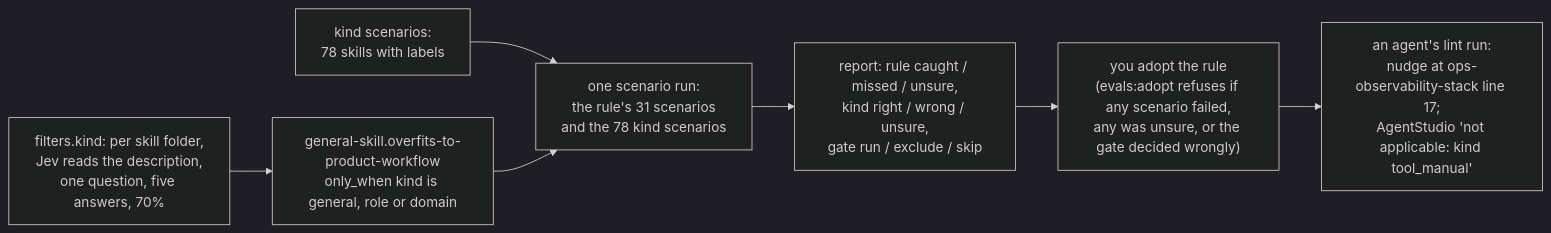
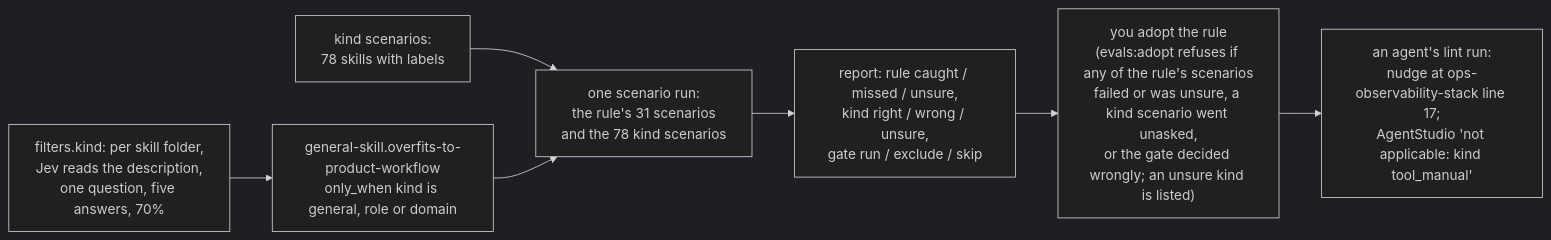
Before and after one commit to ShravanSunder/sunstack: the diagram in docs/specs/2026-11-03-skill-rules/deliverables/3-one-rule-end-to-end/design.md, drawn with Mermaid (dark theme). The commit also changed other lines of this file and 4 other files, not shown here.

````diff
--- a/docs/specs/2026-11-03-skill-rules/deliverables/3-one-rule-end-to-end/design.md
+++ b/docs/specs/2026-11-03-skill-rules/deliverables/3-one-rule-end-to-end/design.md
@@ -11,9 +11,9 @@
 ```mermaid
 flowchart LR
   config["filters.kind: per skill folder,<br/>Jev reads the description,<br/>one question, five answers, 70%"] --> gate["general-skill.overfits-to-product-workflow<br/>only_when kind is general, role or domain"]
   kinds["kind scenarios:<br/>78 skills with labels"] --> run["one scenario run:<br/>the rule's 31 scenarios<br/>and the 78 kind scenarios"]
   gate --> run
   run --> report["report: rule caught / missed / unsure,<br/>kind right / wrong / unsure,<br/>gate run / exclude / skip"]
-  report --> adopt["you adopt the rule<br/>(evals:adopt refuses if any scenario failed,<br/>any was unsure, or the gate decided wrongly)"]
+  report --> adopt["you adopt the rule<br/>(evals:adopt refuses if any of the rule's scenarios<br/>failed or was unsure, a kind scenario went unasked,<br/>or the gate decided wrongly; an unsure kind is listed)"]
   adopt --> agent["an agent's lint run:<br/>nudge at ops-observability-stack line 17;<br/>AgentStudio 'not applicable: kind tool_manual'"]
 ```
````
